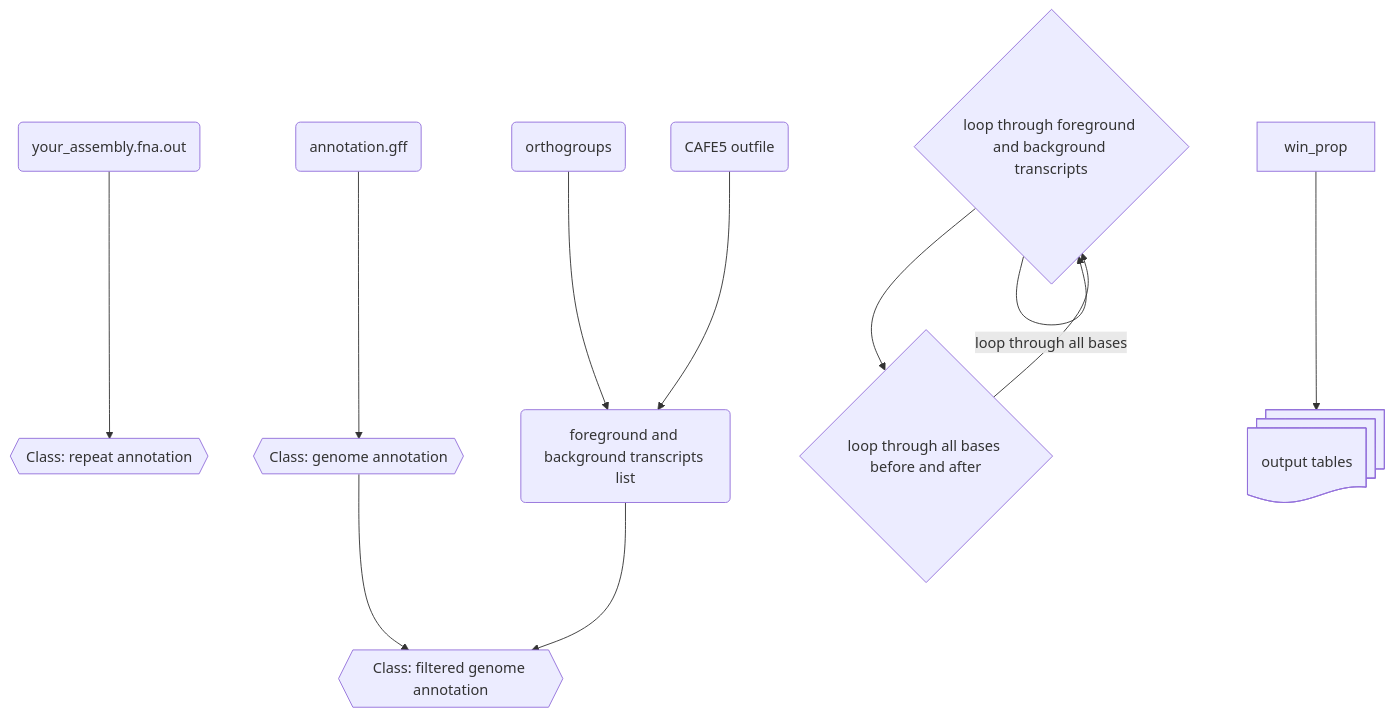
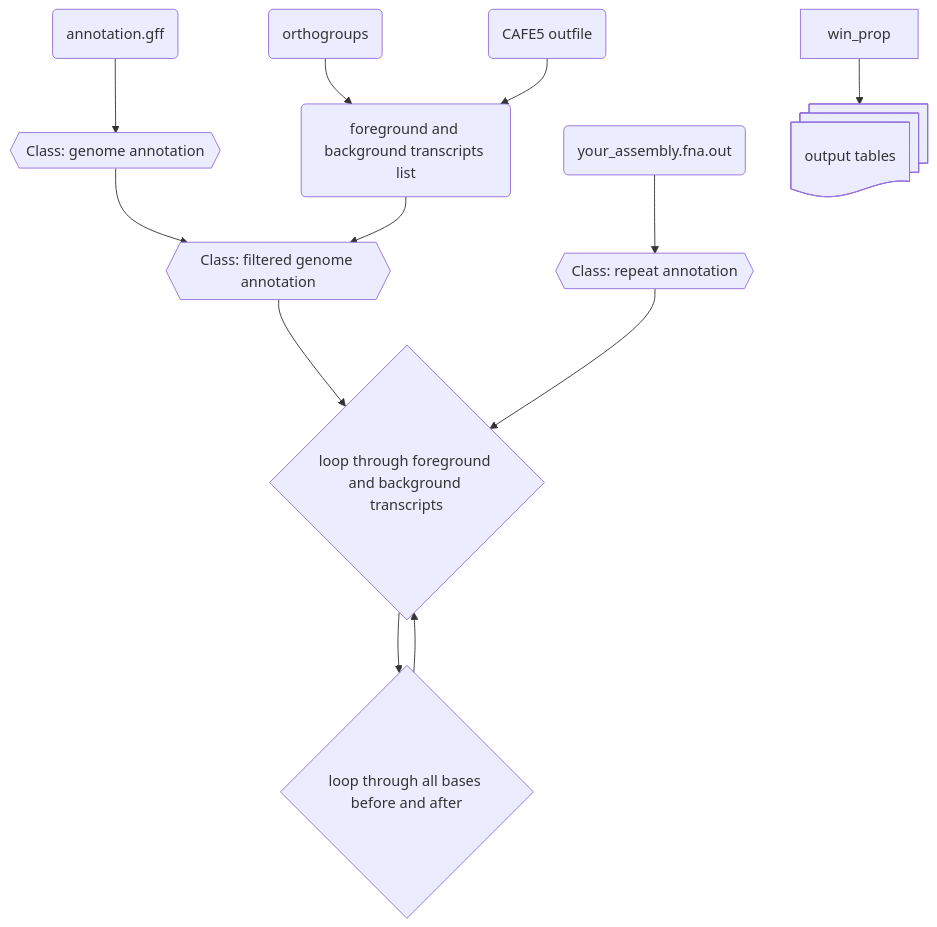
The second of 2 diagrams in README.md (milena-t/ReVis), drawn with Mermaid before and after one commit.

Commit message:
more mermaid

````diff
--- a/README.md
+++ b/README.md
@@ -262,25 +262,27 @@
 ```mermaid
 graph TD;
     infile_out(your_assembly.fna.out);
     infile_out --> rep_annot{{Class: repeat annotation}};
 
     infile_annot(annotation.gff);
     infile_annot --> gene_annot{{Class: genome annotation}};
 
     OGs(orthogroups);
     CAFE(CAFE5 outfile);
 
     OGs --> tr_list(foreground and background transcripts list);
     CAFE --> tr_list
 
     gene_annot --> filt_gene_annot{{Class: filtered genome annotation}};
     tr_list --> filt_gene_annot
-
-    loop_tr{loop through foreground and background transcripts}
+    
+    filt_gene_annot --> loop_tr{loop through foreground and background transcripts}
+    rep_annot --> loop_tr
     loop_bp{loop through all bases before and after}
     loop_tr --> loop_bp
     loop_bp --> loop_tr
-    loop_tr -- loop through all bases --> loop_tr
+
+
 
     win_prop --> out_tab@{ shape: docs, label: "output tables" }
 ```   
````
